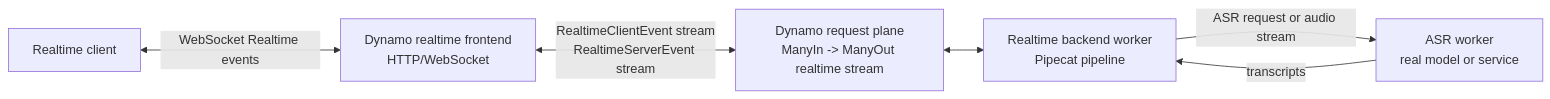
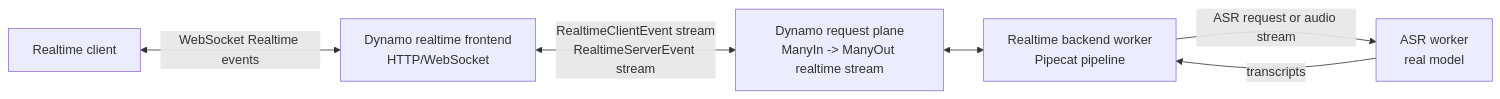
Before and after one commit to nealvaidya/dynamo: the third of 3 diagrams in examples/voice_agent/ARCHITECTURE.md, drawn with Mermaid. The commit also changed other lines of this file and 6 other files, not shown here.

````diff
--- a/examples/voice_agent/ARCHITECTURE.md
+++ b/examples/voice_agent/ARCHITECTURE.md
@@ -109,14 +126,14 @@
 ```mermaid
 flowchart LR
     client["Realtime client"]
     frontend["Dynamo realtime frontend<br/>HTTP/WebSocket"]
     plane["Dynamo request plane<br/>ManyIn -> ManyOut realtime stream"]
     backend["Realtime backend worker<br/>Pipecat pipeline"]
-    asr["ASR worker<br/>real model or service"]
+    asr["ASR worker<br/>real model"]
 
     client <--> |"WebSocket Realtime events"| frontend
     frontend <--> |"RealtimeClientEvent stream<br/>RealtimeServerEvent stream"| plane
     plane <--> backend
     backend --> |"ASR request or audio stream"| asr
     asr --> |"transcripts"| backend
 ```
````
